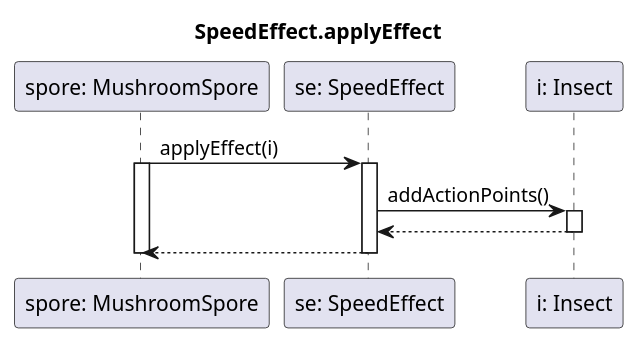
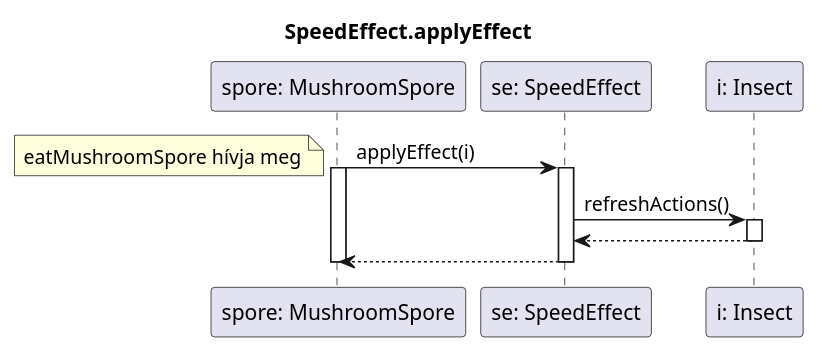
The diagram in diagrams/sequence/effects/speedeffect.plantuml (dzsem/projlab), drawn with PlantUML before and after one commit. The commit also changed 3 other files, not shown here.

```diff
--- a/diagrams/sequence/effects/speedeffect.plantuml
+++ b/diagrams/sequence/effects/speedeffect.plantuml
@@ -1,22 +1,23 @@
 @startuml SpeedEffect
 title SpeedEffect.applyEffect
 
 participant "spore: MushroomSpore" as spore
 participant "se: SpeedEffect" as effect
 participant "i: Insect" as insect
 
 spore -> effect : applyEffect(i)
+note left: eatMushroomSpore hívja meg
 activate spore
 activate effect
 
-effect->insect: addActionPoints()
+effect->insect: refreshActions()
 activate insect
 
 effect<--insect
 deactivate insect
 
 spore <--effect
 deactivate effect
 deactivate spore
 
 @enduml
```
